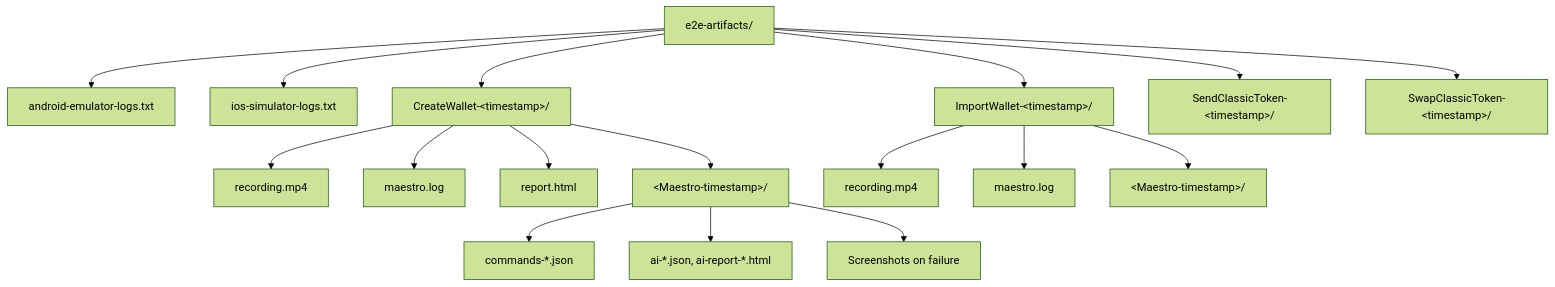
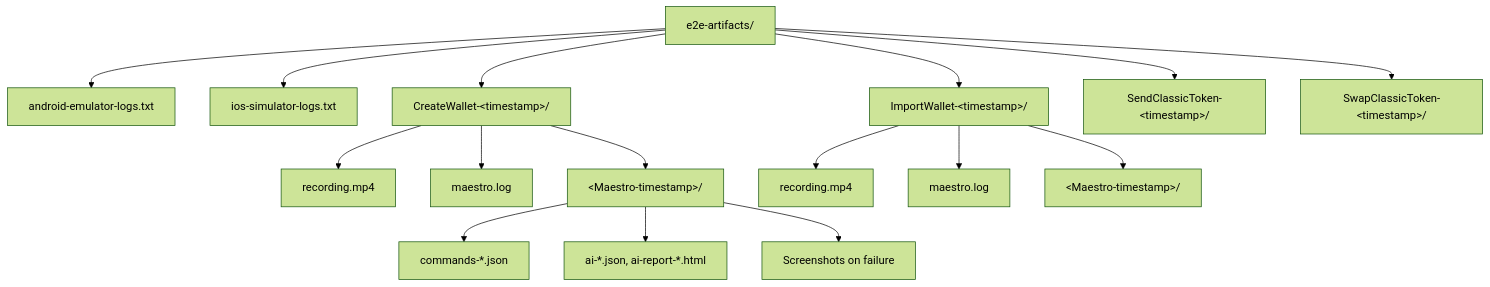
Before and after one commit to stellar/freighter-mobile: the diagram in e2e/docs/artifacts-and-debugging.md, drawn with Mermaid (forest theme). The commit also changed other lines of this file and 1 other file, not shown here.

Commit message:
Remove report.html

````diff
--- a/e2e/docs/artifacts-and-debugging.md
+++ b/e2e/docs/artifacts-and-debugging.md
@@ -7,20 +7,19 @@
 ```mermaid
 flowchart TB
   ROOT[e2e-artifacts/]
   ROOT --> LOG_ANDROID[android-emulator-logs.txt]
   ROOT --> LOG_IOS[ios-simulator-logs.txt]
   ROOT --> F1[CreateWallet-&lt;timestamp&gt;/]
   ROOT --> F2[ImportWallet-&lt;timestamp&gt;/]
   ROOT --> F3[SendClassicToken-&lt;timestamp&gt;/]
   ROOT --> F4[SwapClassicToken-&lt;timestamp&gt;/]
   F1 --> R1[recording.mp4]
   F1 --> M1[maestro.log]
-  F1 --> H1[report.html]
   F1 --> TS1[&lt;Maestro-timestamp&gt;/]
   TS1 --> C1[commands-*.json]
   TS1 --> A1[ai-*.json, ai-report-*.html]
   TS1 --> S1[Screenshots on failure]
   F2 --> R2[recording.mp4]
   F2 --> M2[maestro.log]
   F2 --> TS2[&lt;Maestro-timestamp&gt;/]
 ```
````
